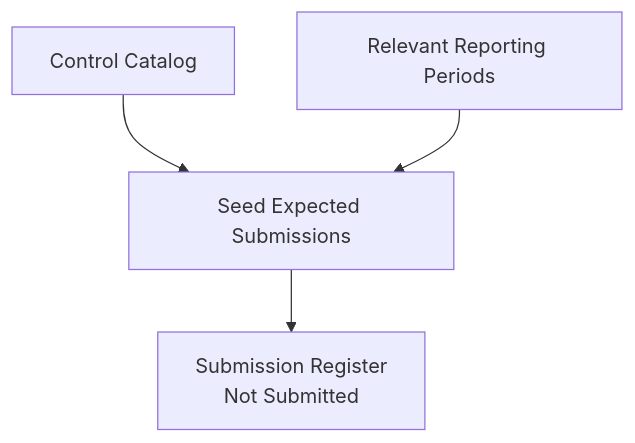
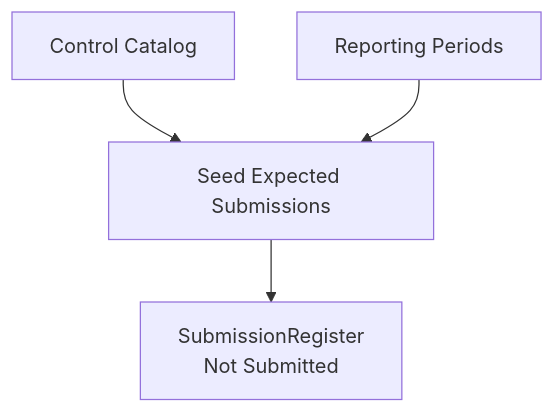
The second of 4 diagrams in docs/architecture.md (gw-ai-security/cyber-governance-automation-lab), drawn with Mermaid before and after one commit. The commit also changed other lines of this file, not shown here.

Commit message:
docs: align architecture with current phase boundaries

````diff
--- a/docs/architecture.md
+++ b/docs/architecture.md
@@ -109,6 +111,6 @@
 ```mermaid
 flowchart TD
     A[Control Catalog] --> C[Seed Expected Submissions]
-    B[Relevant Reporting Periods] --> C
-    C --> D[Submission Register<br/>Not Submitted]
+    B[Reporting Periods] --> C
+    C --> D[SubmissionRegister<br/>Not Submitted]
 ```
````
